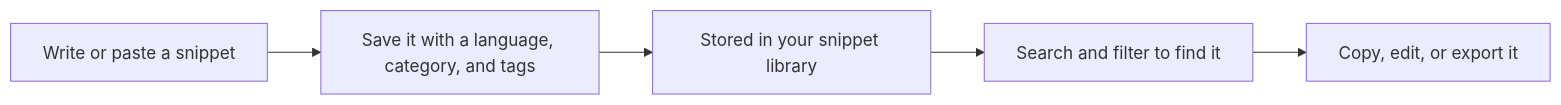
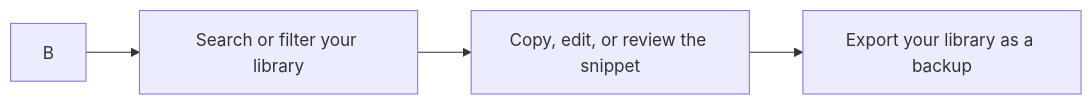
Before and after one commit to Mohita111/API2: the diagram in api2-documentation/plan_2026-11-02_f8890e/user-facing-docs/product-overview.md, drawn with Mermaid. The commit also changed other lines of this file and 11 other files, not shown here.

````diff
--- a/api2-documentation/plan_2026-11-02_f8890e/user-facing-docs/product-overview.md
+++ b/api2-documentation/plan_2026-11-02_f8890e/user-facing-docs/product-overview.md
@@ -23,7 +24,6 @@
 ```mermaid
 graph LR
-    A[Write or paste a snippet] --> B["Save it with a language, category, and tags"]
-    B --> C[Stored in your snippet library]
-    C --> D[Search and filter to find it]
-    D --> E["Copy, edit, or export it"]
+    B --> C[Search or filter your library]
+    C --> D["Copy, edit, or review the snippet"]
+    D --> E[Export your library as a backup]
 ```
````
